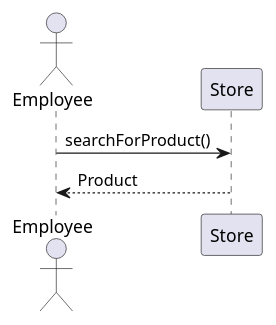
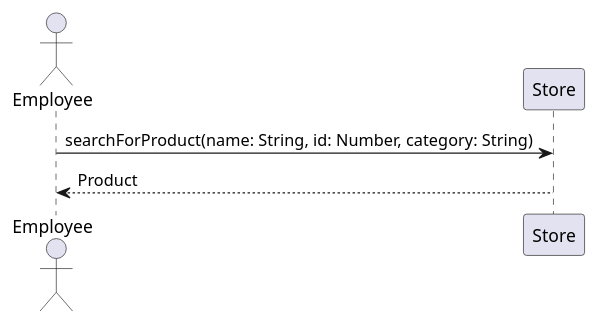
The diagram in docs/UML/process/search_for_product.puml (ThePhobosDeimosSuite/laboratoire-0_log430), drawn with PlantUML before and after one commit. The commit also changed 10 other files, not shown here.

```diff
--- a/docs/UML/process/search_for_product.puml
+++ b/docs/UML/process/search_for_product.puml
@@ -1,7 +1,7 @@
 @startuml search_for_product
 actor Employee
 
-Employee -> Store : searchForProduct()
+Employee -> Store : searchForProduct(name: String, id: Number, category: String)
 Store --> Employee : Product
 
 @enduml
```
